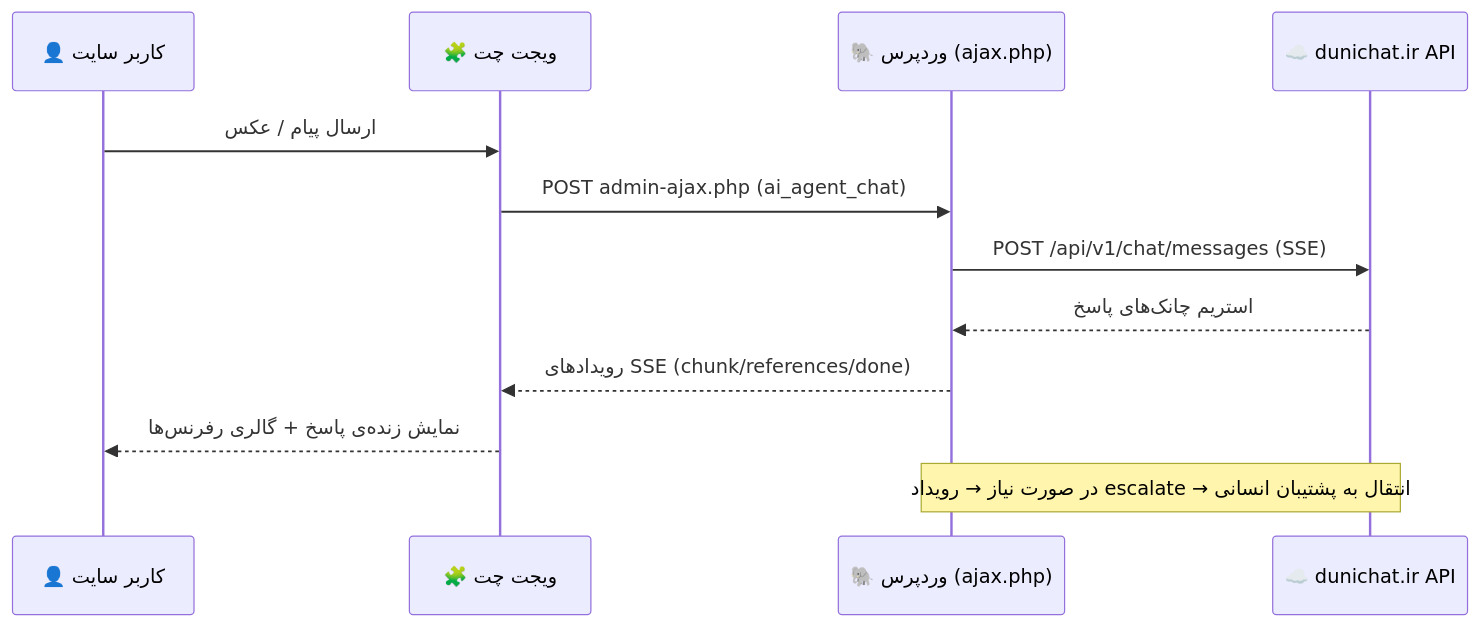
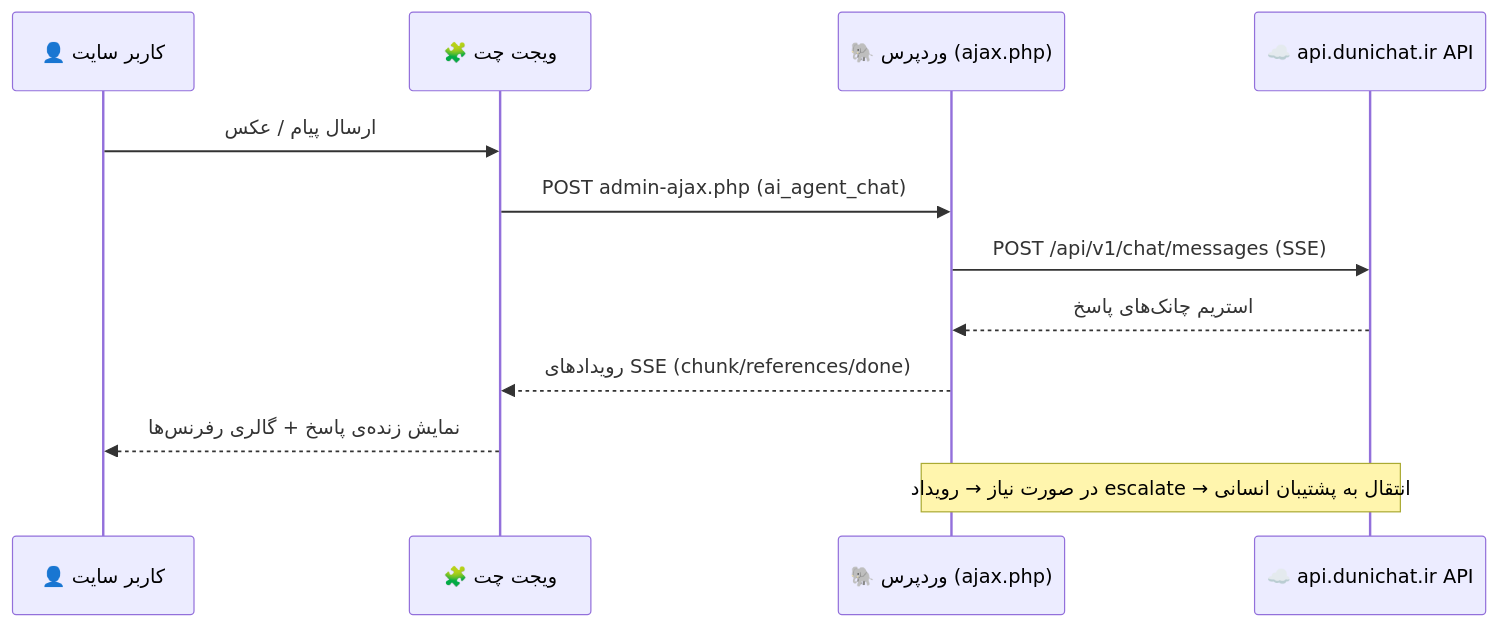
One commit to DuniChat/wp-plugin changed the diagram in README.md. Above: the diagram before and after it, drawn with Mermaid. The commit also changed other lines of this file and 6 other files, not shown here.

````diff
--- a/README.md
+++ b/README.md
@@ -145,16 +145,16 @@
 ```mermaid
 sequenceDiagram
     participant U as 👤 کاربر سایت
     participant W as 🧩 ویجت چت
     participant WP as 🐘 وردپرس (ajax.php)
-    participant API as ☁️ dunichat.ir API
+    participant API as ☁️ api.dunichat.ir API
 
     U->>W: ارسال پیام / عکس
     W->>WP: POST admin-ajax.php (ai_agent_chat)
     WP->>API: POST /api/v1/chat/messages (SSE)
     API-->>WP: استریم چانک‌های پاسخ
     WP-->>W: رویدادهای SSE (chunk/references/done)
     W-->>U: نمایش زنده‌ی پاسخ + گالری رفرنس‌ها
 
     Note over API,WP: در صورت نیاز → رویداد escalate → انتقال به پشتیبان انسانی
 ```
````
